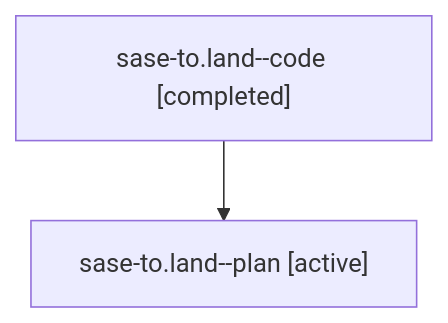
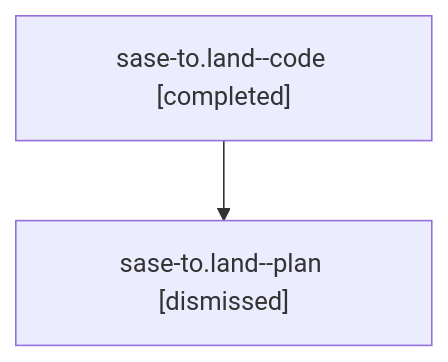
One commit to sase-org/sase--agents changed the diagram in sessions/bbugyi200.athena.sase-to.land.md. Above: the diagram before and after it, drawn with Mermaid. The commit also changed other lines of this file and 262 other files, not shown here.

````diff
--- a/sessions/bbugyi200.athena.sase-to.land.md
+++ b/sessions/bbugyi200.athena.sase-to.land.md
@@ -9,6 +9,6 @@
 ```mermaid
 flowchart TD
   n0["sase-to.land--code [completed]"]
-  n1["sase-to.land--plan [active]"]
+  n1["sase-to.land--plan [dismissed]"]
   n0 --> n1
 ```
````
